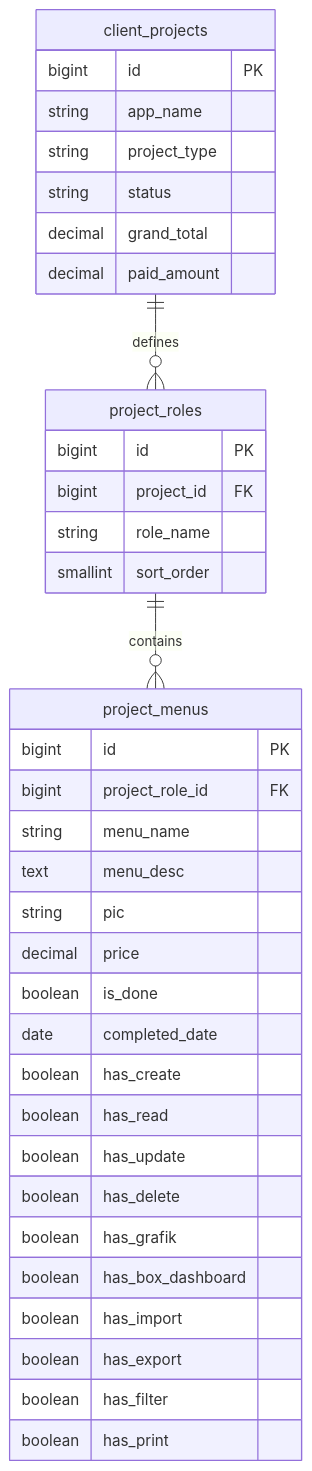
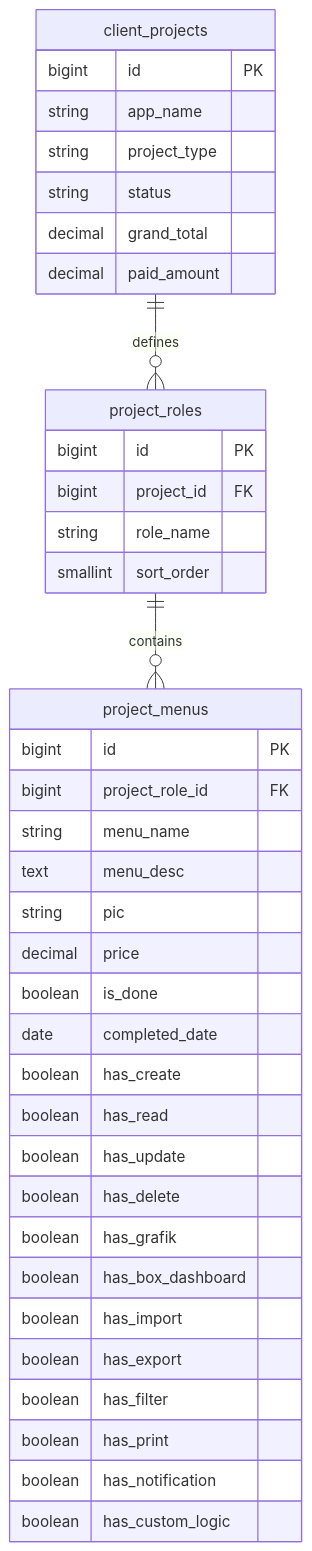
One commit to misbahudin98/valora-vault changed the diagram in doc/features/07_progress_monitoring.md. Above: the diagram before and after it, drawn with Mermaid. The commit also changed other lines of this file and 17 other files, not shown here.

````diff
--- a/doc/features/07_progress_monitoring.md
+++ b/doc/features/07_progress_monitoring.md
@@ -40,42 +40,44 @@
 ```mermaid
 erDiagram
     client_projects ||--o{ project_roles : "defines"
     project_roles ||--o{ project_menus : "contains"
 
     client_projects {
         bigint id PK
         string app_name
         string project_type
         string status
         decimal grand_total
         decimal paid_amount
     }
 
     project_roles {
         bigint id PK
         bigint project_id FK
         string role_name
         smallint sort_order
     }
 
     project_menus {
         bigint id PK
         bigint project_role_id FK
         string menu_name
         text menu_desc
         string pic
         decimal price
         boolean is_done
         date completed_date
         boolean has_create
         boolean has_read
         boolean has_update
         boolean has_delete
         boolean has_grafik
         boolean has_box_dashboard
         boolean has_import
         boolean has_export
         boolean has_filter
         boolean has_print
+        boolean has_notification
+        boolean has_custom_logic
     }
 ```
````
